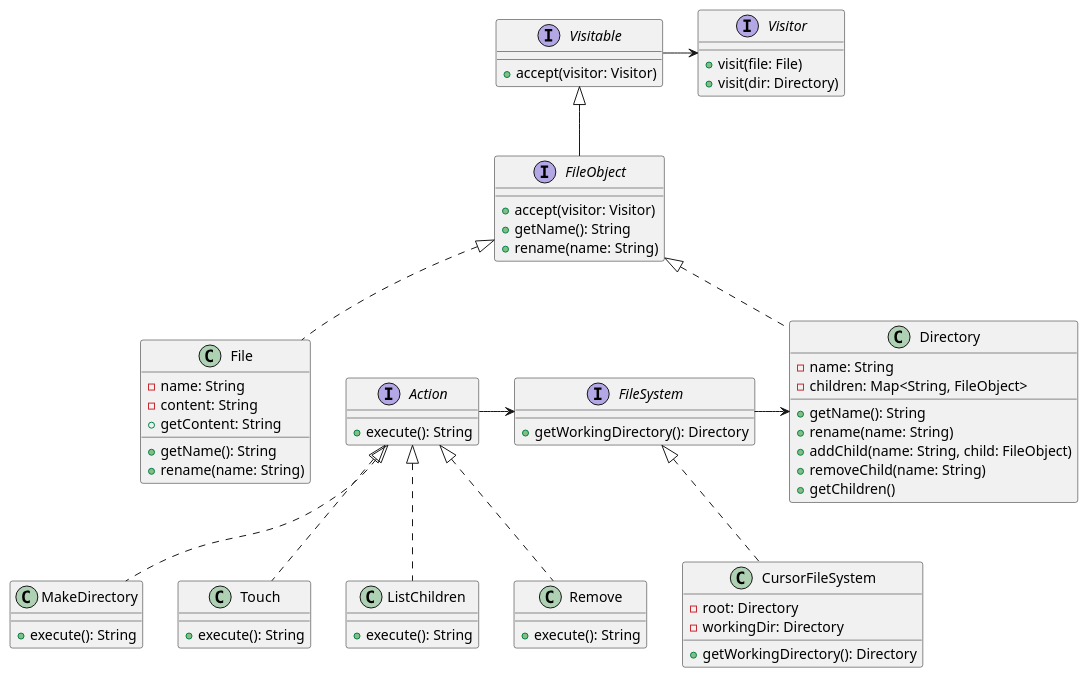
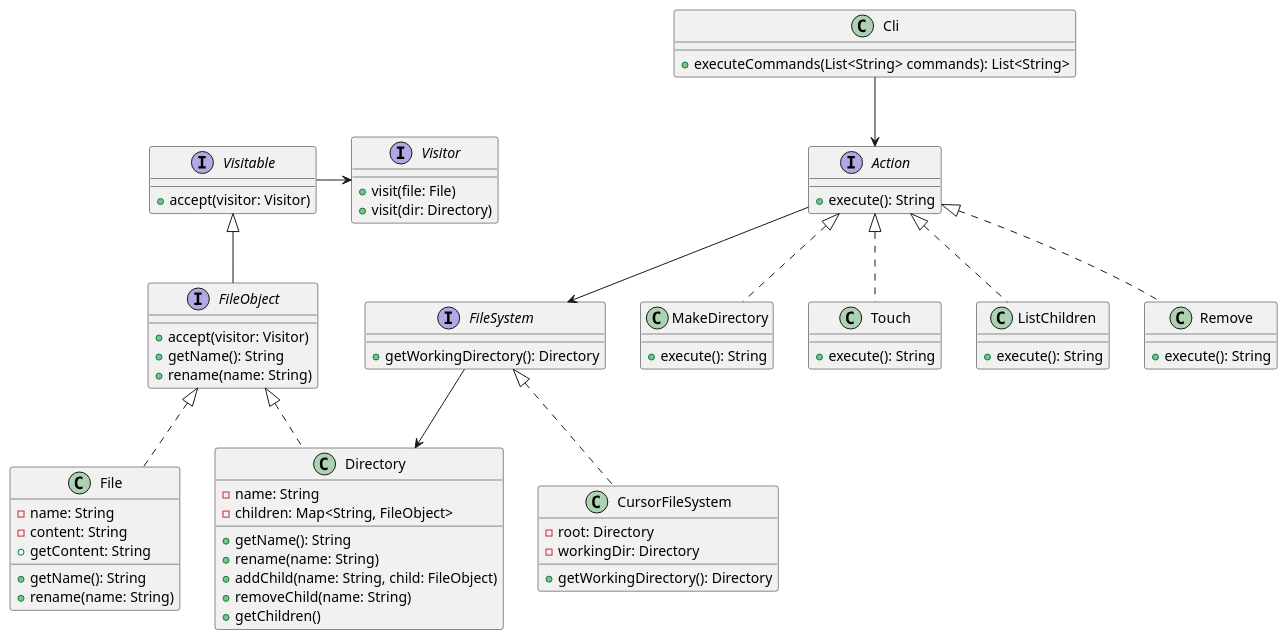
One commit to austral-ingsis-classroom/clifford-TomRolB changed the diagram in diagrams/FileSystem.puml. Above: the diagram before and after it, drawn with PlantUML. The commit also changed 10 other files, not shown here.

```diff
--- a/diagrams/FileSystem.puml
+++ b/diagrams/FileSystem.puml
@@ -1,71 +1,76 @@
 @startuml
 'https://plantuml.com/class-diagram
 
 interface FileSystem {
     + getWorkingDirectory(): Directory
 }
 
 class CursorFileSystem implements FileSystem {
     - root: Directory
     - workingDir: Directory
     + getWorkingDirectory(): Directory
 }
 
 interface Visitor {
     + visit(file: File)
     + visit(dir: Directory)
 }
 
 interface Visitable {
     + accept(visitor: Visitor)
 }
 
 interface FileObject extends Visitable {
     + accept(visitor: Visitor)
     + getName(): String
     + rename(name: String)
 }
 
 class Directory implements FileObject {
     - name: String
     - children: Map<String, FileObject>
     + getName(): String
     + rename(name: String)
     + addChild(name: String, child: FileObject)
     + removeChild(name: String)
     + getChildren()
 }
 
 class File implements FileObject {
     - name: String
     - content: String
     + getName(): String
     + rename(name: String)
     + getContent: String
 }
 
 interface Action {
     + execute(): String
 }
 
 'Should execute() return a String?
 'Should the commands have the result stored to an attribute?
 'Should the commands have listeners?
 class MakeDirectory implements Action {
     + execute(): String
 }
 class Touch implements Action {
     + execute(): String
 }
 class ListChildren implements Action {
     + execute(): String
 }
 class Remove implements Action {
     + execute(): String
 }
 
-FileSystem -> Directory
-Action -> FileSystem
+class Cli {
+    + executeCommands(List<String> commands): List<String>
+}
+
+FileSystem --> Directory
+Action --> FileSystem
 Visitable -> Visitor
+Cli --> Action
 
 @enduml
```
